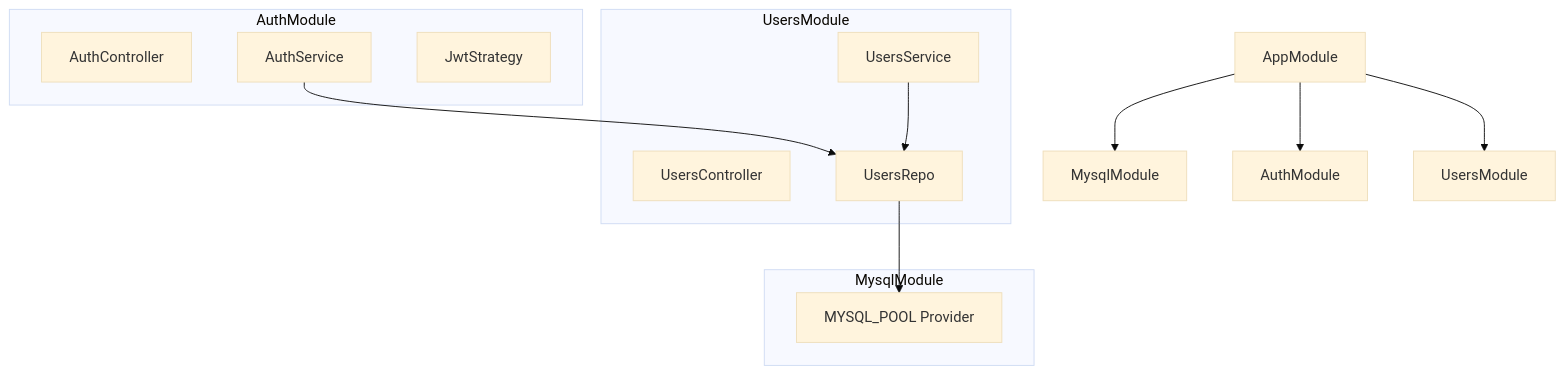
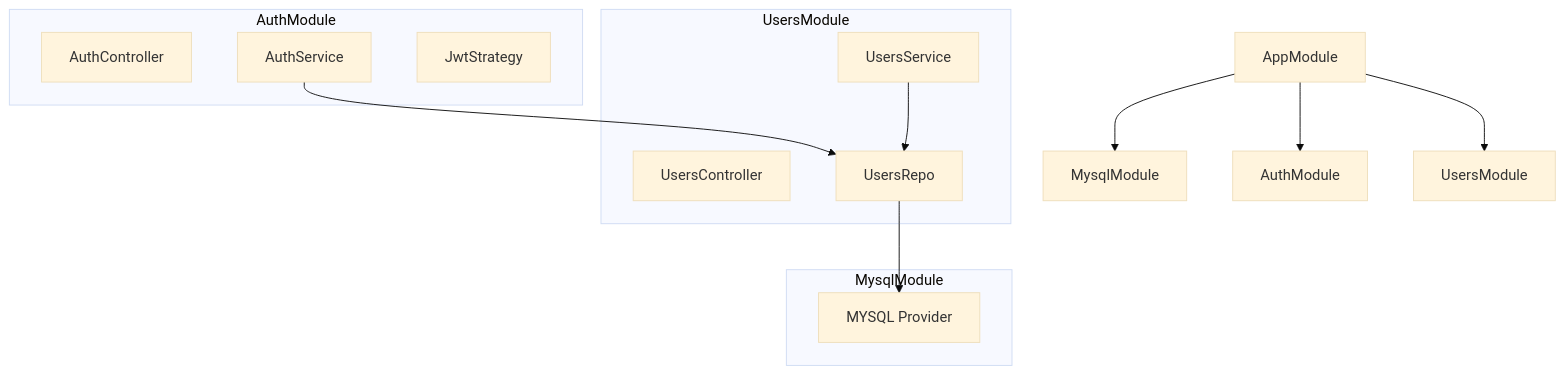
One commit to itsnothuy/NestJS-BookLibrary changed the second of 7 diagrams in README.md. Above: the diagram before and after it, drawn with Mermaid (base theme). The commit also changed other lines of this file and 7 other files, not shown here.

````diff
--- a/README.md
+++ b/README.md
@@ -64,26 +64,26 @@
 ```mermaid
 flowchart TD
   AM[AppModule] --> MM[MysqlModule]
   AM --> AuM[AuthModule]
   AM --> UM[UsersModule]
 
   subgraph MysqlModule
-    MP[MYSQL_POOL Provider]
+    MP[MYSQL Provider]
   end
 
   subgraph AuthModule
     AC[AuthController]
     AS[AuthService]
     RS[JwtStrategy]
   end
 
   subgraph UsersModule
     UC[UsersController]
     US[UsersService]
     UR[UsersRepo]
   end
 
   AS --> UR
   US --> UR
   UR --> MP
 ```
````
